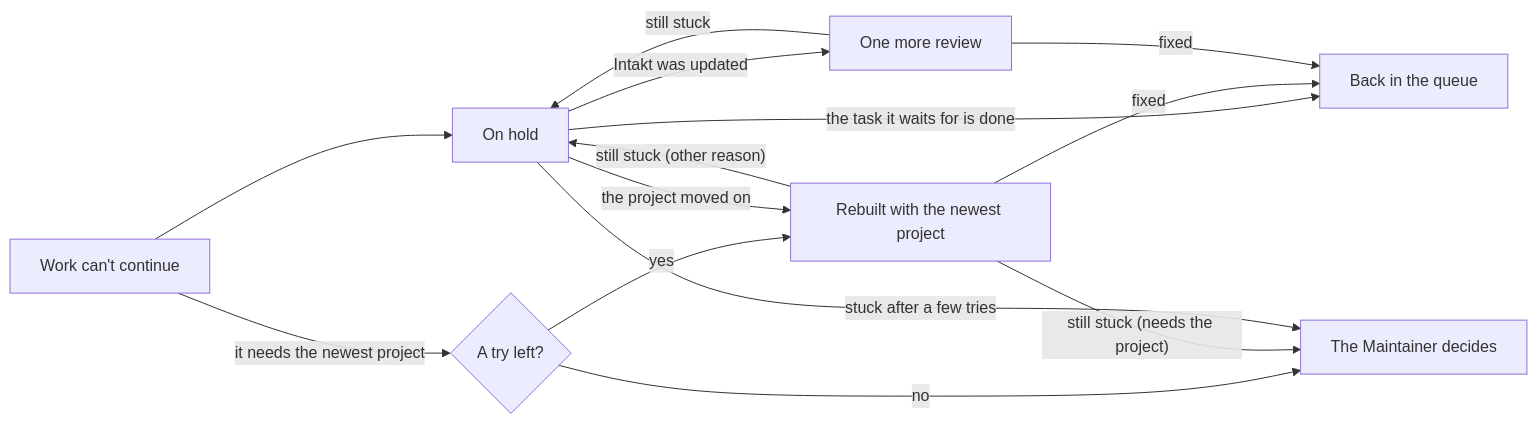
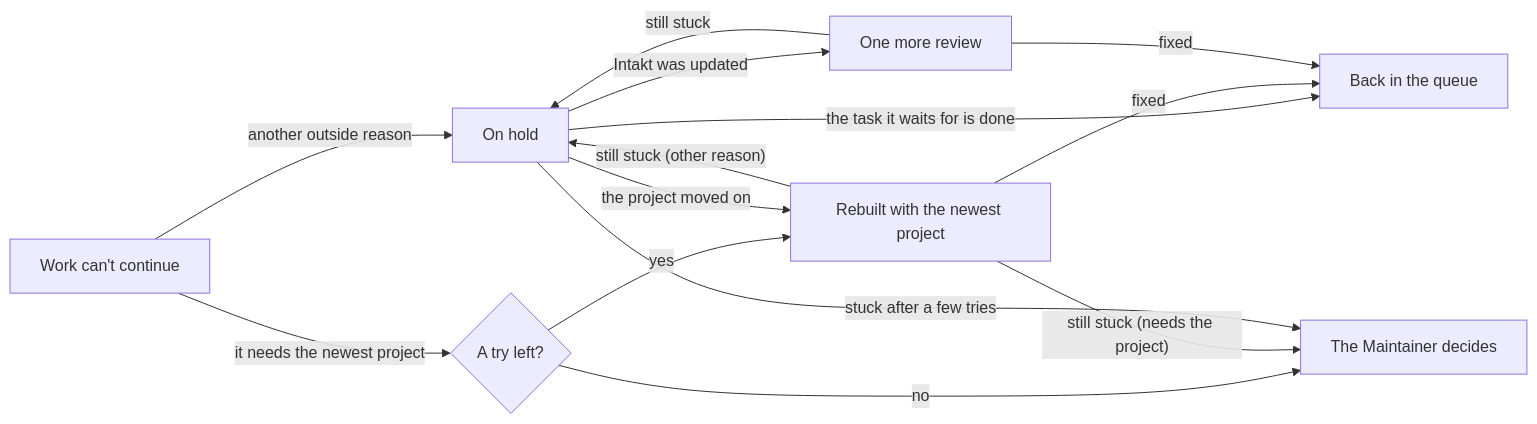
Before and after one commit to shinyredapples/intakt: the fifth of 6 diagrams in docs/guide/how-intakt-works.md, drawn with Mermaid. The commit also changed 3 other files, not shown here.

````diff
--- a/docs/guide/how-intakt-works.md
+++ b/docs/guide/how-intakt-works.md
@@ -139,16 +139,16 @@
 ```mermaid
 flowchart LR
-  w[Work can't continue] --> h[On hold]
+  w[Work can't continue] -- "another outside reason" --> h[On hold]
   w -- "it needs the newest project" --> left{A try left?}
   left -- yes --> rebuild
   left -- no --> m
   h -- "the task it waits for is done" --> go[Back in the queue]
   h -- "the project moved on" --> rebuild[Rebuilt with the newest project]
   h -- "Intakt was updated" --> retry[One more review]
   rebuild -- fixed --> go
   retry -- fixed --> go
   rebuild -- "still stuck (needs the project)" --> m
   rebuild -- "still stuck (other reason)" --> h
   retry -- still stuck --> h
   h -- "stuck after a few tries" --> m[The Maintainer decides]
 ```
````
